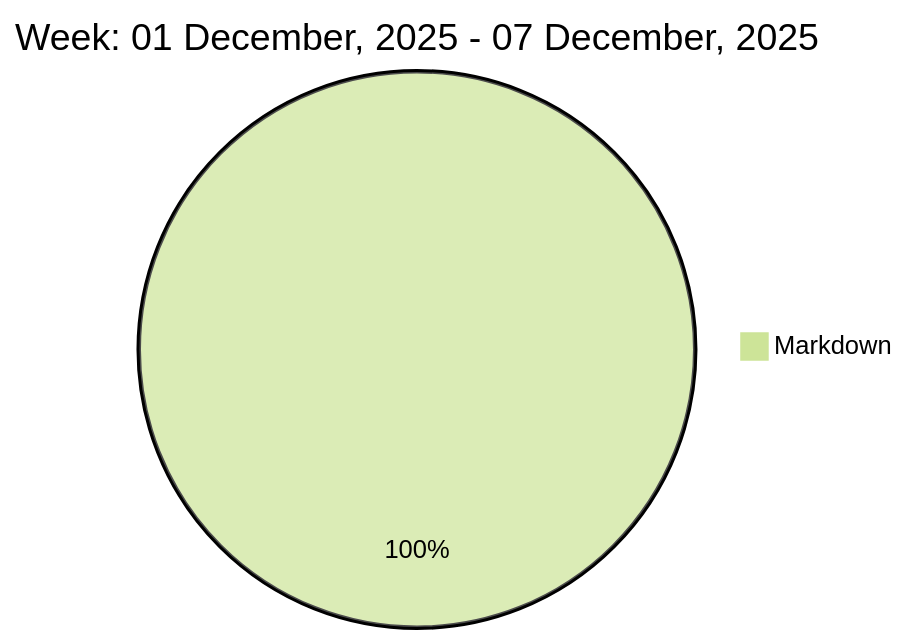
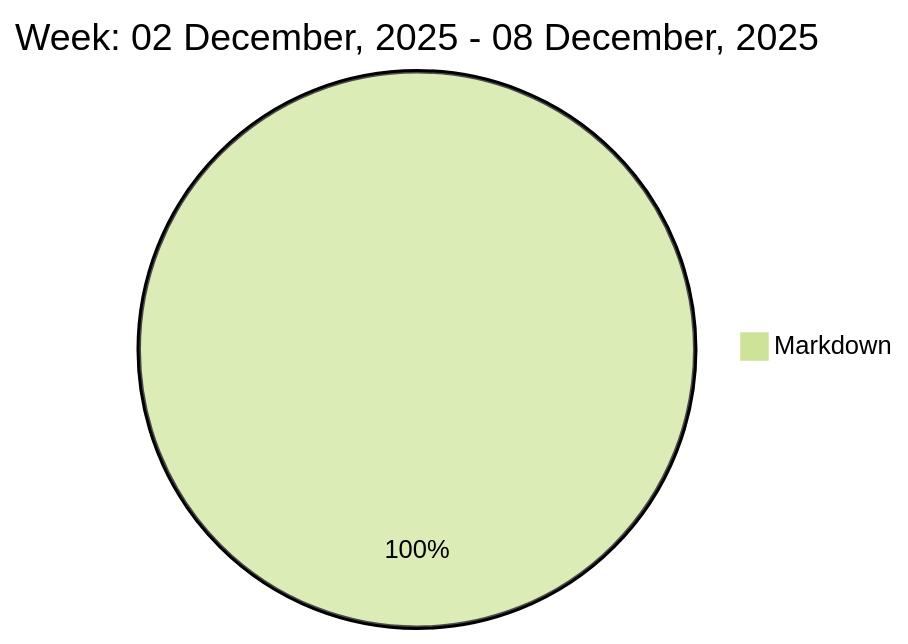
One commit to liubin95/liubin95 changed the diagram in README.md. Above: the diagram before and after it, drawn with Mermaid (forest theme).

Commit message:
Updated the Graph with new Metrics

````diff
--- a/README.md
+++ b/README.md
@@ -37,5 +37,5 @@
 ```mermaid
  pie
-title Week: 01 December, 2025 - 07 December, 2025
- "Markdown" : 3.1
+title Week: 02 December, 2025 - 08 December, 2025
+ "Markdown" : 2.22
 ```
````
